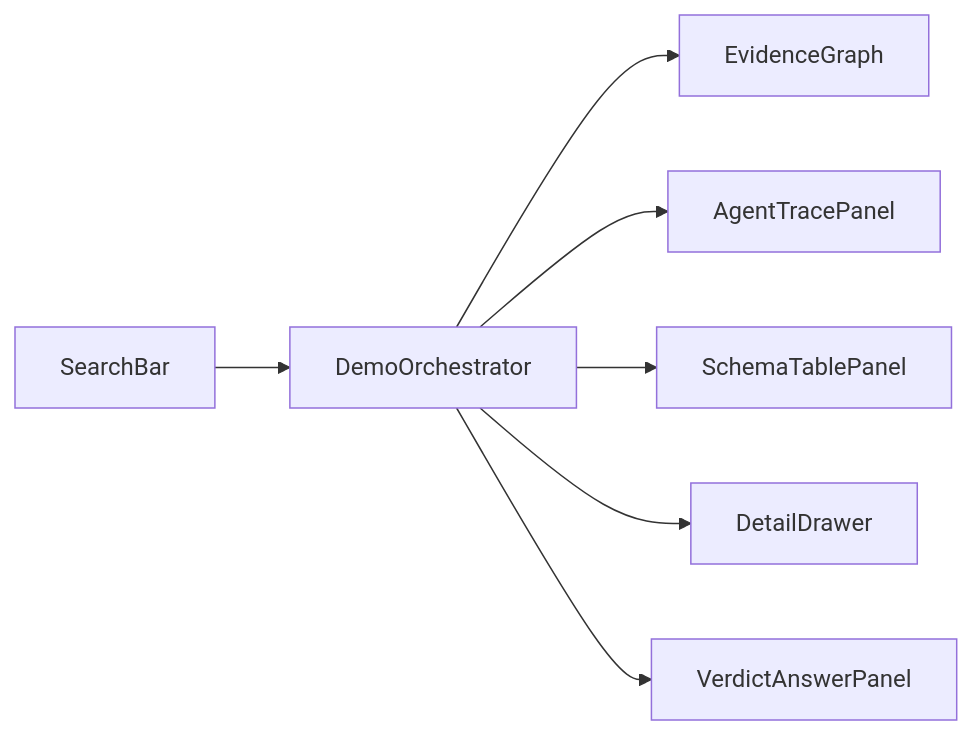
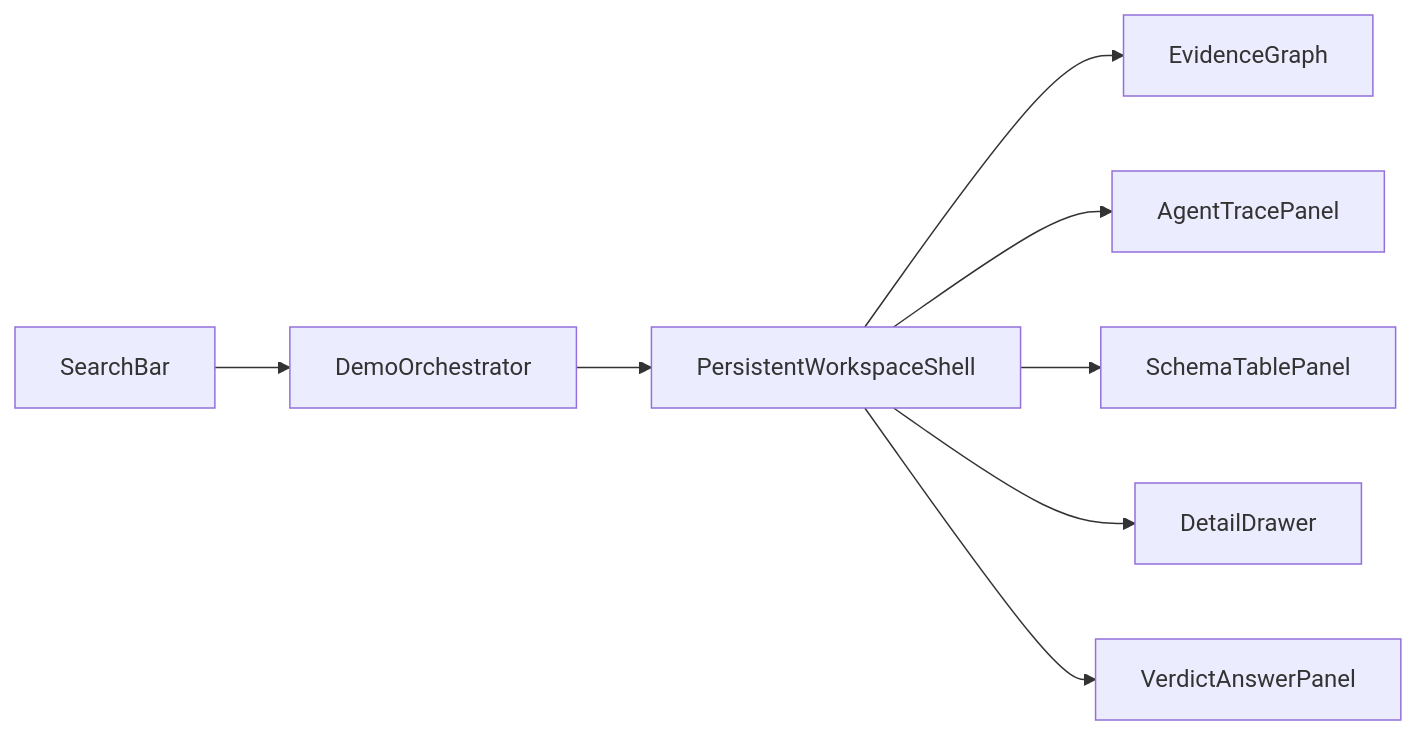
The diagram in docs/FRONTEND_ARCHITECTURE.md (kitavkdl/developAgent), drawn with Mermaid before and after one commit. The commit also changed other lines of this file and 1 other file, not shown here.

````diff
--- a/docs/FRONTEND_ARCHITECTURE.md
+++ b/docs/FRONTEND_ARCHITECTURE.md
@@ -71,9 +87,10 @@
 ```mermaid
 flowchart LR
   Search["SearchBar"] --> Orch["DemoOrchestrator"]
-  Orch --> Graph["EvidenceGraph"]
-  Orch --> Trace["AgentTracePanel"]
-  Orch --> Table["SchemaTablePanel"]
-  Orch --> Detail["DetailDrawer"]
-  Orch --> Verdict["VerdictAnswerPanel"]
+  Orch --> Shell["PersistentWorkspaceShell"]
+  Shell --> Graph["EvidenceGraph"]
+  Shell --> Trace["AgentTracePanel"]
+  Shell --> Table["SchemaTablePanel"]
+  Shell --> Detail["DetailDrawer"]
+  Shell --> Verdict["VerdictAnswerPanel"]
 ```
````
